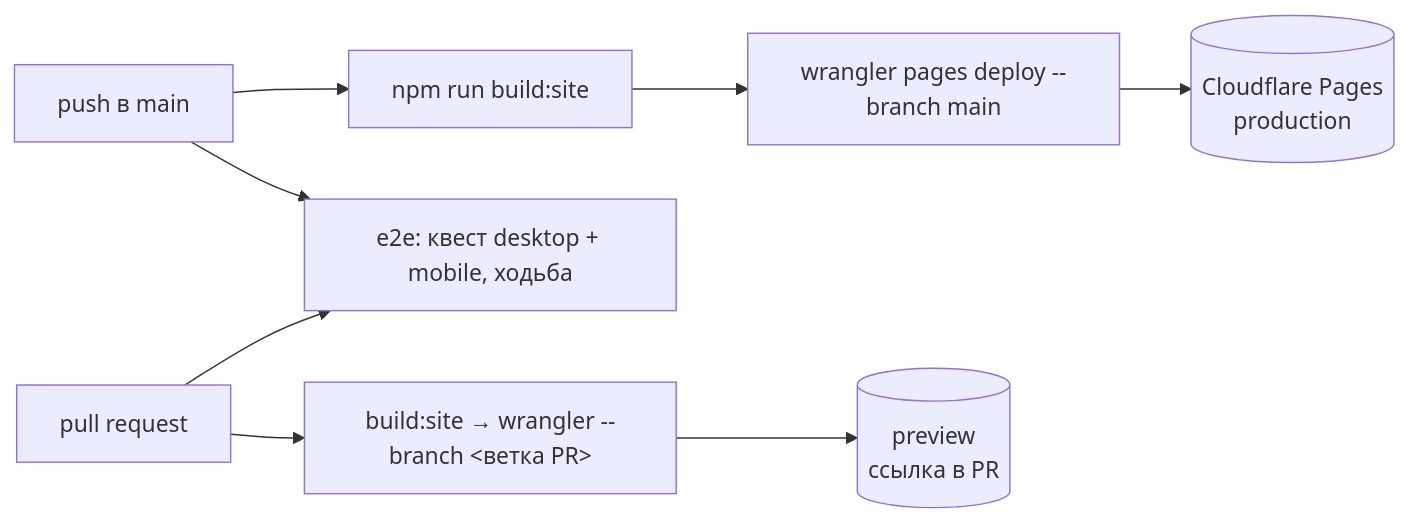
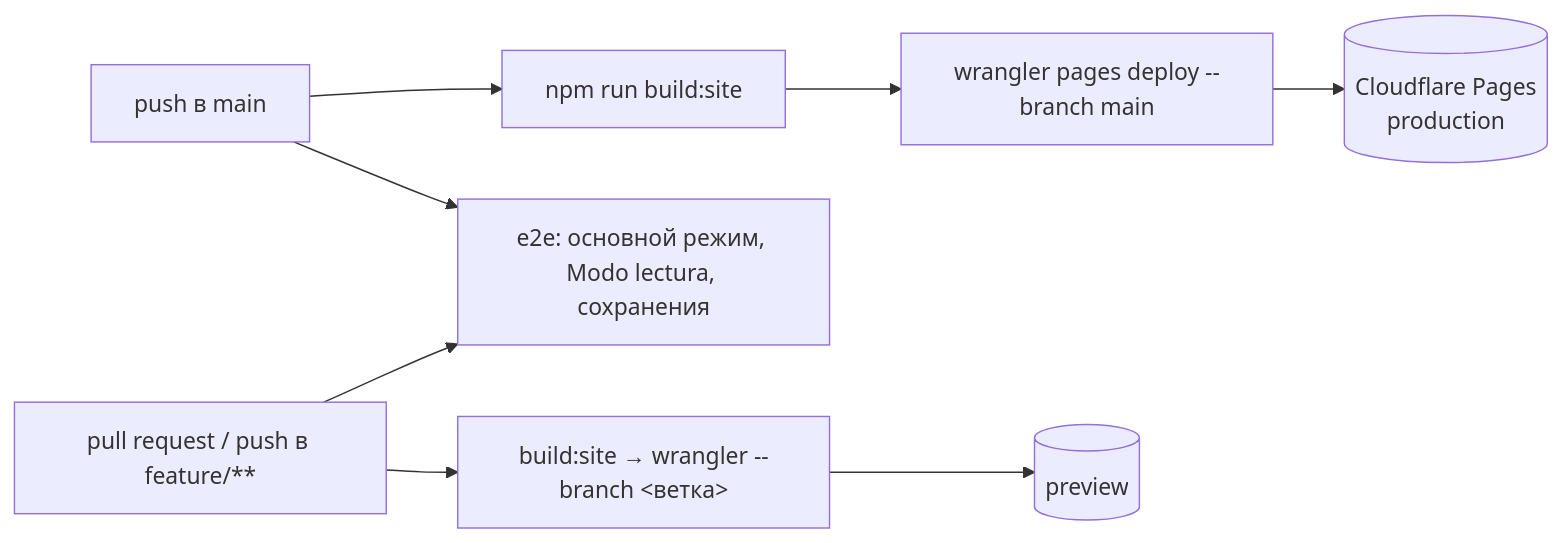
One commit to anrayt/el-sueno-game changed the diagram in docs/DEPLOY.md. Above: the diagram before and after it, drawn with Mermaid. The commit also changed other lines of this file and 42 other files, not shown here.

First line of the commit message:
Гибрид: ходьба на улицах, кадры в интерьерах, Modo lectura

````diff
--- a/docs/DEPLOY.md
+++ b/docs/DEPLOY.md
@@ -7,10 +7,10 @@
 ```mermaid
 flowchart LR
     P[push в main] --> D["npm run build:site"]
     D --> W[wrangler pages deploy --branch main]
     W --> CF[(Cloudflare Pages<br/>production)]
-    P --> E[e2e: квест desktop + mobile, ходьба]
-    PR[pull request] --> E
-    PR --> PV["build:site → wrangler --branch &lt;ветка PR&gt;"]
-    PV --> PCF[(preview<br/>ссылка в PR)]
+    P --> E[e2e: основной режим, Modo lectura, сохранения]
+    PR[pull request / push в feature/**] --> E
+    PR --> PV["build:site → wrangler --branch &lt;ветка&gt;"]
+    PV --> PCF[(preview)]
 ```
````
